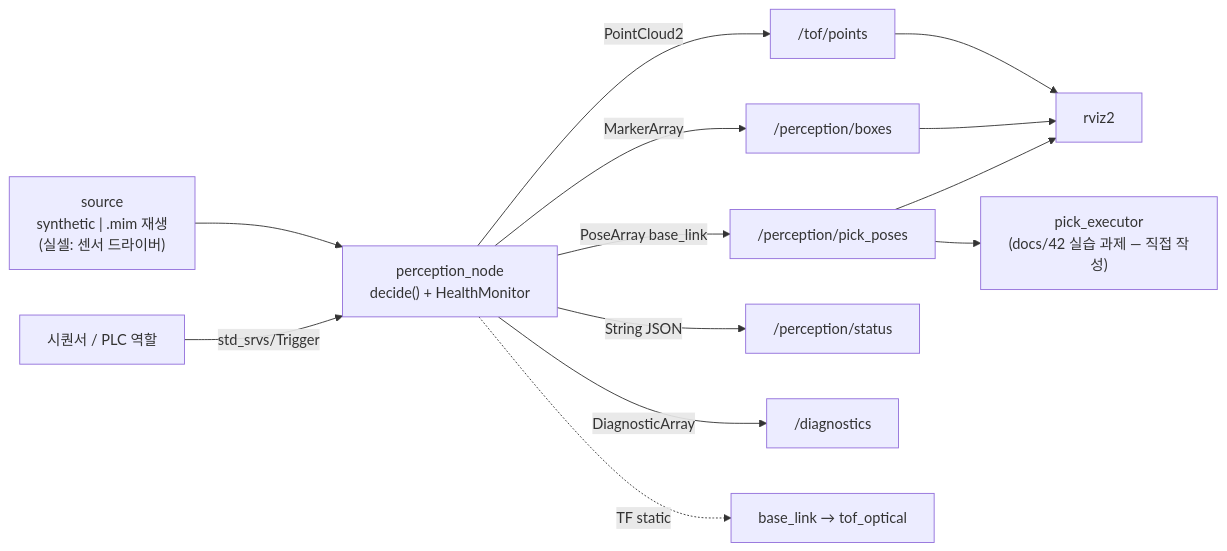
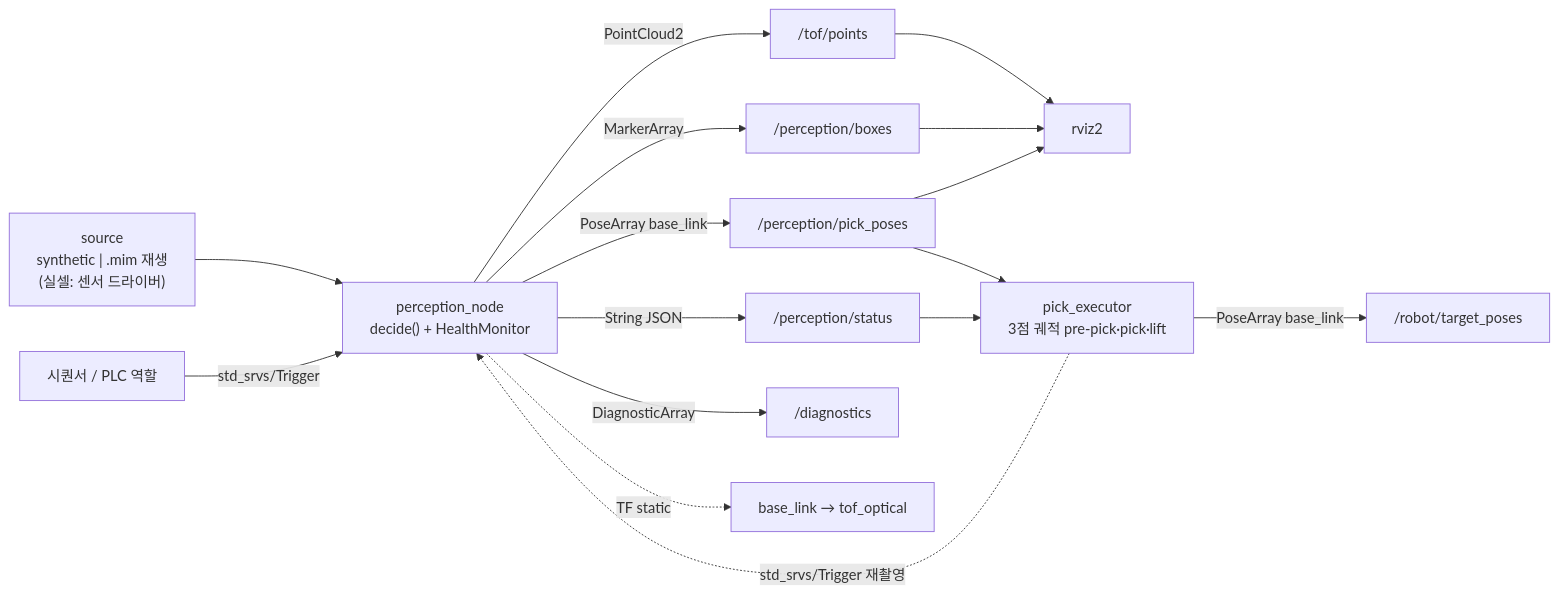
Before and after one commit to CVKim/RobotSim: the second of 3 diagrams in docs/ARCHITECTURE.md, drawn with Mermaid. The commit also changed other lines of this file and 29 other files, not shown here.

First line of the commit message:
pick_executor 노드: 인식→제어→재촬영 사이클 (3점 로봇 명령, Trigger 서비스 클라이언트, 합성 12박스 12사이클)

````diff
--- a/docs/ARCHITECTURE.md
+++ b/docs/ARCHITECTURE.md
@@ -42,15 +42,18 @@
 ```mermaid
 flowchart LR
   SRC["source<br/>synthetic | .mim 재생<br/>(실셀: 센서 드라이버)"] --> N["perception_node<br/>decide() + HealthMonitor"]
   N -->|PointCloud2| P["/tof/points"]
   N -->|MarkerArray| M["/perception/boxes"]
   N -->|PoseArray base_link| Q["/perception/pick_poses"]
   N -->|String JSON| S["/perception/status"]
   N -->|DiagnosticArray| D["/diagnostics"]
   N -.->|TF static| T["base_link → tof_optical"]
   PLC["시퀀서 / PLC 역할"] -->|std_srvs/Trigger| N
   P --> R["rviz2"]
   M --> R
   Q --> R
-  Q --> X["pick_executor<br/>(docs/42 실습 과제 — 직접 작성)"]
+  Q --> X["pick_executor<br/>3점 궤적 pre-pick·pick·lift"]
+  S --> X
+  X -->|PoseArray base_link| RT["/robot/target_poses"]
+  X -.->|std_srvs/Trigger 재촬영| N
 ```
````
